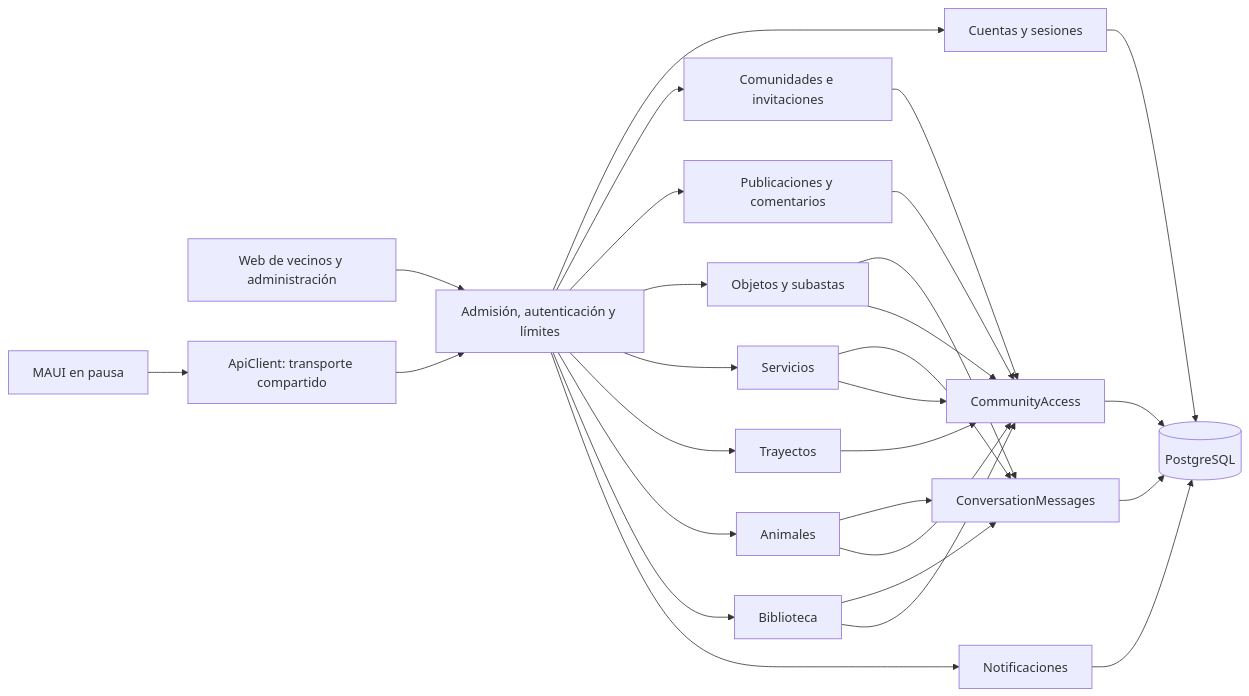
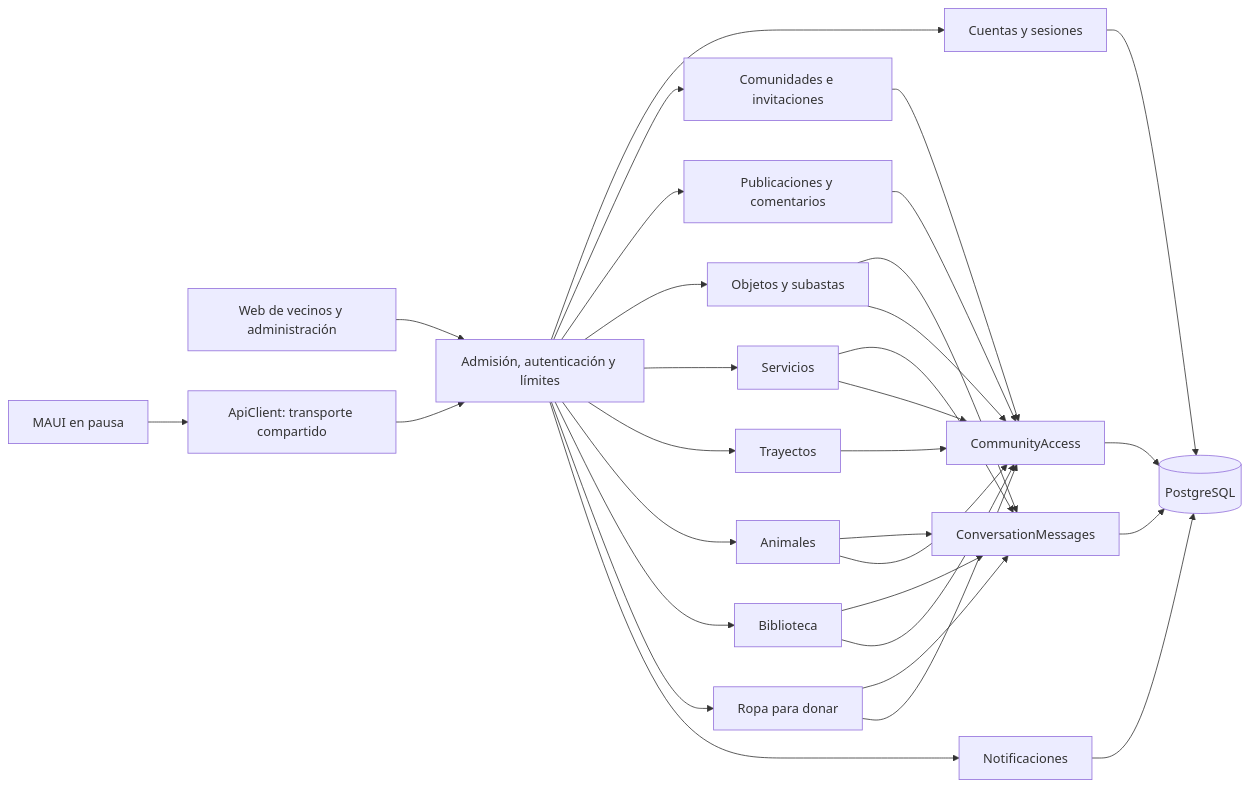
The diagram in ARCHITECTURE.md (juaseal/UrbaLink), drawn with Mermaid before and after one commit. The commit also changed other lines of this file and 26 other files, not shown here.

````diff
--- a/ARCHITECTURE.md
+++ b/ARCHITECTURE.md
@@ -10,30 +10,33 @@
 ```mermaid
 flowchart LR
     Web[Web de vecinos y administración] --> Entry[Admisión, autenticación y límites]
     Mobile[MAUI en pausa] --> Client[ApiClient: transporte compartido]
     Client --> Entry[Admisión, autenticación y límites]
     Entry --> Accounts[Cuentas y sesiones]
     Entry --> Communities[Comunidades e invitaciones]
     Entry --> Posts[Publicaciones y comentarios]
     Entry --> Market[Objetos y subastas]
     Entry --> Services[Servicios]
     Entry --> Rides[Trayectos]
     Entry --> Animals[Animales]
     Entry --> Books[Biblioteca]
+    Entry --> Donations[Ropa para donar]
     Entry --> Notifications[Notificaciones]
     Market --> Messages[ConversationMessages]
     Services --> Messages
     Animals --> Messages
     Books --> Messages
+    Donations --> Messages
     Communities --> Access[CommunityAccess]
     Posts --> Access
     Market --> Access
     Services --> Access
     Animals --> Access
     Books --> Access
+    Donations --> Access
     Rides --> Access
     Messages --> DB[(PostgreSQL)]
     Access --> DB
     Accounts --> DB
     Notifications --> DB
 ```
````
